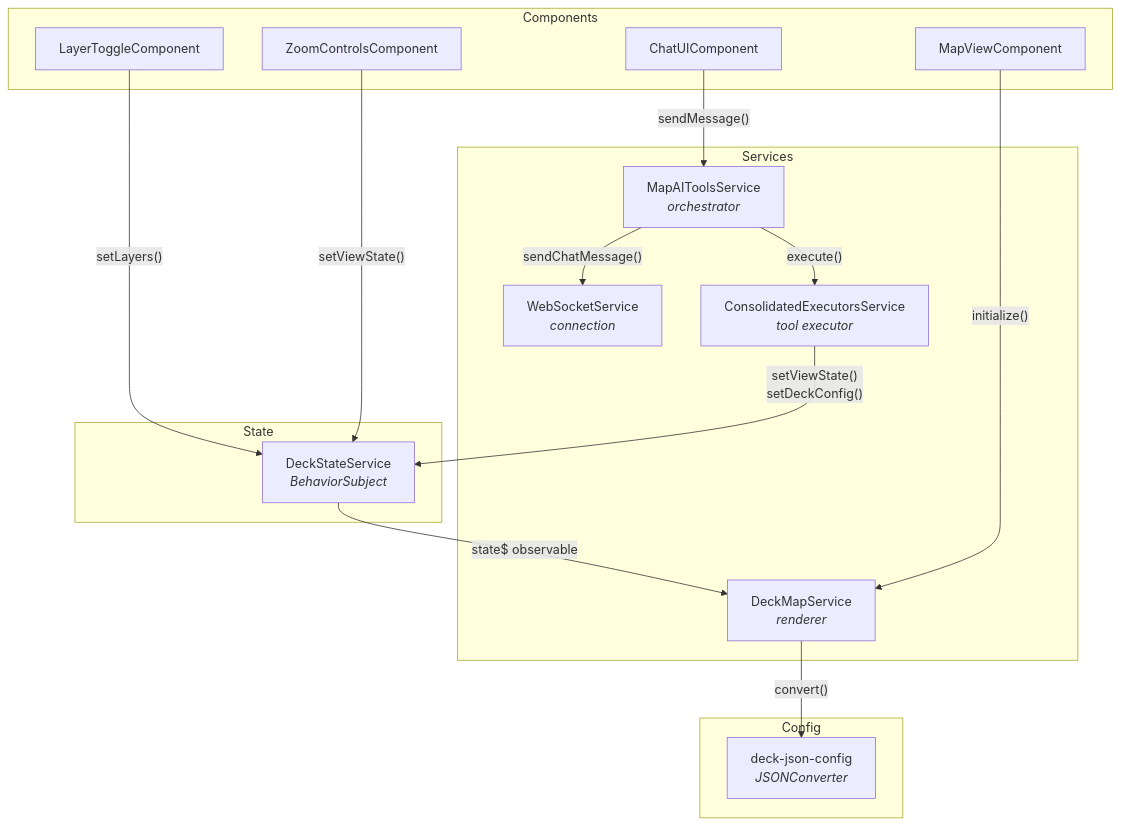
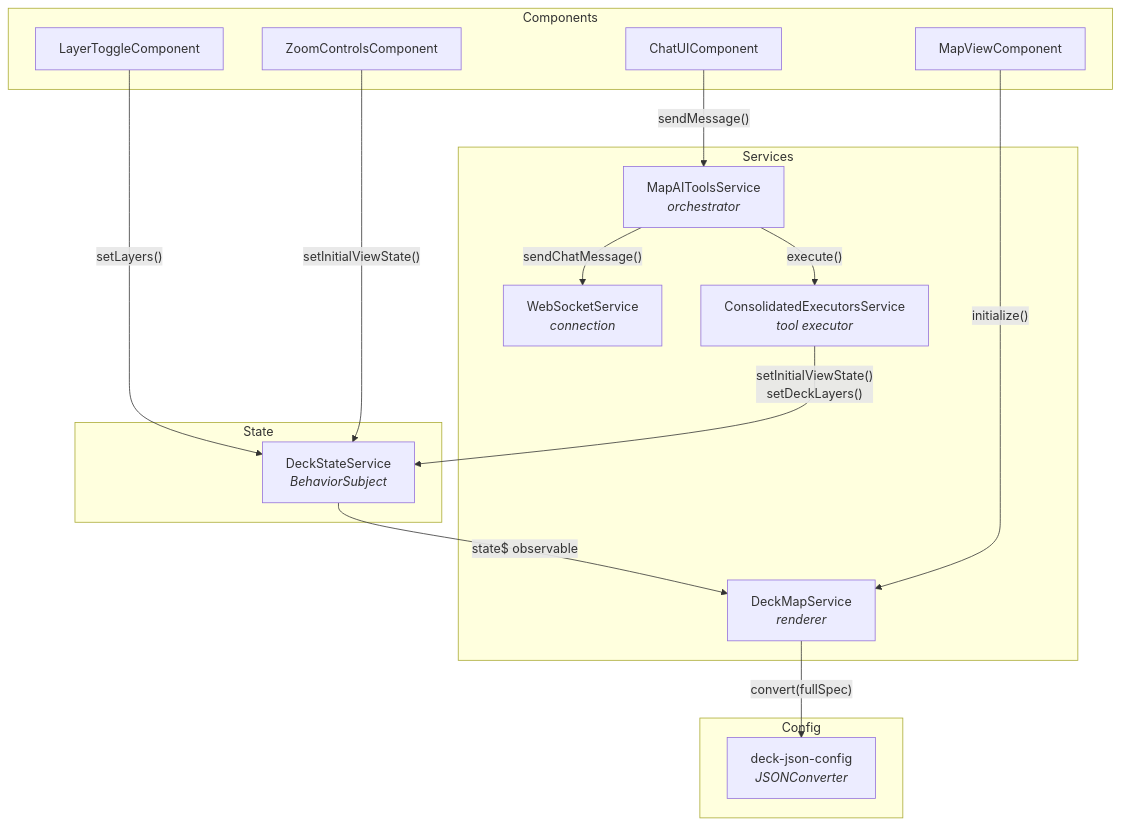
The diagram in frontend-integration/angular/README.md (CartoDB/carto-agentic-deckgl), drawn with Mermaid before and after one commit. The commit also changed other lines of this file and 20 other files, not shown here.

First line of the commit message:
Refactor DeckState to use unified DeckSpec structure

````diff
--- a/frontend-integration/angular/README.md
+++ b/frontend-integration/angular/README.md
@@ -139,34 +139,34 @@
 ```mermaid
 graph TB
     subgraph Components
         MapView["MapViewComponent"]
         ChatUI["ChatUIComponent"]
         LayerToggle["LayerToggleComponent"]
         ZoomControls["ZoomControlsComponent"]
     end
 
     subgraph Services
         MapAITools["MapAIToolsService<br/><i>orchestrator</i>"]
         WebSocket["WebSocketService<br/><i>connection</i>"]
         Executors["ConsolidatedExecutorsService<br/><i>tool executor</i>"]
         DeckMap["DeckMapService<br/><i>renderer</i>"]
     end
 
     subgraph State
         DeckState["DeckStateService<br/><i>BehaviorSubject</i>"]
     end
 
     subgraph Config
         JSONConfig["deck-json-config<br/><i>JSONConverter</i>"]
     end
 
     ChatUI -->|"sendMessage()"| MapAITools
     MapAITools -->|"sendChatMessage()"| WebSocket
     MapAITools -->|"execute()"| Executors
-    Executors -->|"setViewState()<br/>setDeckConfig()"| DeckState
+    Executors -->|"setInitialViewState()<br/>setDeckLayers()"| DeckState
     DeckState -->|"state$ observable"| DeckMap
-    DeckMap -->|"convert()"| JSONConfig
+    DeckMap -->|"convert(fullSpec)"| JSONConfig
     MapView -->|"initialize()"| DeckMap
     LayerToggle -->|"setLayers()"| DeckState
-    ZoomControls -->|"setViewState()"| DeckState
+    ZoomControls -->|"setInitialViewState()"| DeckState
 ```
````
